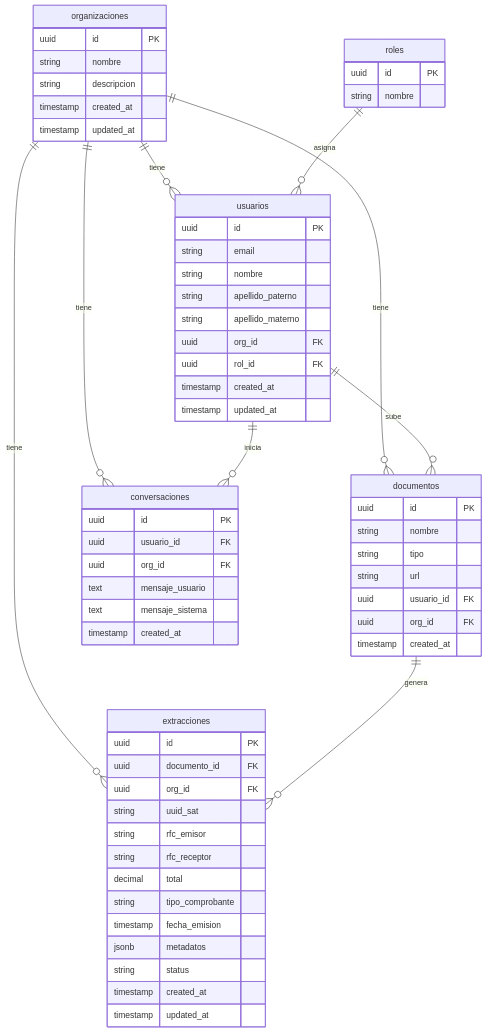
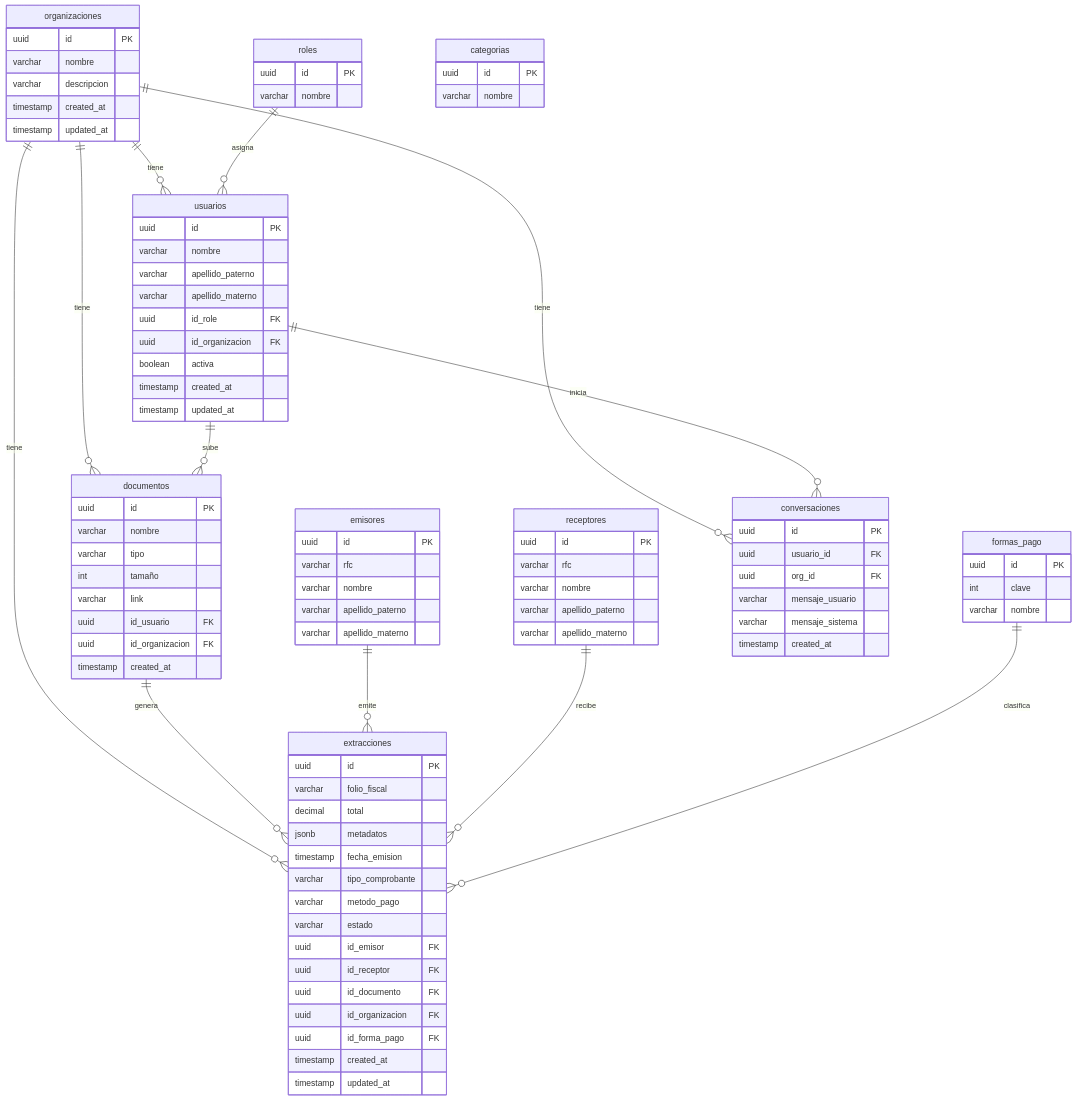
The diagram in docs/ER.md (Luis-Ali44/VISIR-Backend), drawn with Mermaid before and after one commit. The commit also changed other lines of this file and 27 other files, not shown here.

````diff
--- a/docs/ER.md
+++ b/docs/ER.md
@@ -8,64 +31,103 @@
 erDiagram
   organizaciones {
     uuid id PK
-    string nombre
-    string descripcion
+    varchar nombre
+    varchar descripcion
     timestamp created_at
     timestamp updated_at
   }
+
+  roles {
+    uuid id PK
+    varchar nombre
+  }
+
+  categorias {
+    uuid id PK
+    varchar nombre
+  }
+
   usuarios {
     uuid id PK
-    string email
-    string nombre
-    string apellido_paterno
-    string apellido_materno
-    uuid org_id FK
-    uuid rol_id FK
+    varchar nombre
+    varchar apellido_paterno
+    varchar apellido_materno
+    uuid id_role FK
+    uuid id_organizacion FK
+    boolean activa
     timestamp created_at
     timestamp updated_at
   }
-  roles {
+
+  emisores {
     uuid id PK
-    string nombre
+    varchar rfc
+    varchar nombre
+    varchar apellido_paterno
+    varchar apellido_materno
   }
+
+  receptores {
+    uuid id PK
+    varchar rfc
+    varchar nombre
+    varchar apellido_paterno
+    varchar apellido_materno
+  }
+
+  formas_pago {
+    uuid id PK
+    int clave
+    varchar nombre
+  }
+
   documentos {
     uuid id PK
-    string nombre
-    string tipo
-    string url
-    uuid usuario_id FK
-    uuid org_id FK
+    varchar nombre
+    varchar tipo
+    int tamaño
+    varchar link
+    uuid id_usuario FK
+    uuid id_organizacion FK
     timestamp created_at
   }
+
   extracciones {
     uuid id PK
-    uuid documento_id FK
-    uuid org_id FK
-    string uuid_sat
-    string rfc_emisor
-    string rfc_receptor
+    varchar folio_fiscal
     decimal total
-    string tipo_comprobante
+    jsonb metadatos
     timestamp fecha_emision
-    jsonb metadatos
-    string status
+    varchar tipo_comprobante
+    varchar metodo_pago
+    varchar estado
+    uuid id_emisor FK
+    uuid id_receptor FK
+    uuid id_documento FK
+    uuid id_organizacion FK
+    uuid id_forma_pago FK
     timestamp created_at
     timestamp updated_at
   }
+
   conversaciones {
     uuid id PK
     uuid usuario_id FK
     uuid org_id FK
-    text mensaje_usuario
-    text mensaje_sistema
+    varchar mensaje_usuario
+    varchar mensaje_sistema
     timestamp created_at
   }
-  organizaciones ||--o{ usuarios : "tiene"
-  organizaciones ||--o{ documentos : "tiene"
-  organizaciones ||--o{ extracciones : "tiene"
-  organizaciones ||--o{ conversaciones : "tiene"
-  roles ||--o{ usuarios : "asigna"
-  usuarios ||--o{ documentos : "sube"
-  usuarios ||--o{ conversaciones : "inicia"
-  documentos ||--o{ extracciones : "genera"
+
+  organizaciones ||--o{ usuarios        : "tiene"
+  organizaciones ||--o{ documentos      : "tiene"
+  organizaciones ||--o{ extracciones    : "tiene"
+  organizaciones ||--o{ conversaciones  : "tiene"
+  roles          ||--o{ usuarios        : "asigna"
+  usuarios       ||--o{ documentos      : "sube"
+  usuarios       ||--o{ conversaciones  : "inicia"
+  documentos     ||--o{ extracciones    : "genera"
+  emisores       ||--o{ extracciones    : "emite"
+  receptores     ||--o{ extracciones    : "recibe"
+  formas_pago    ||--o{ extracciones    : "clasifica"
 ```
````
